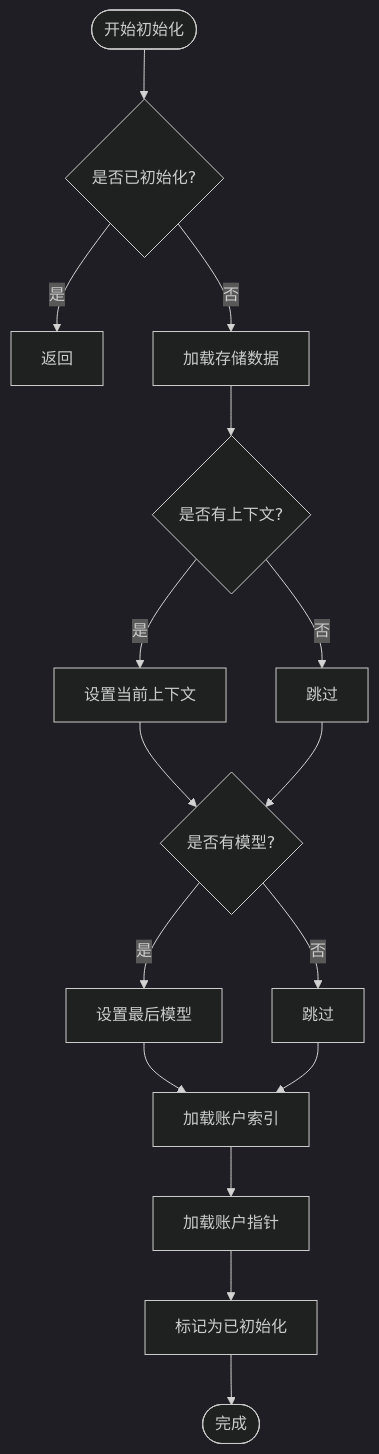
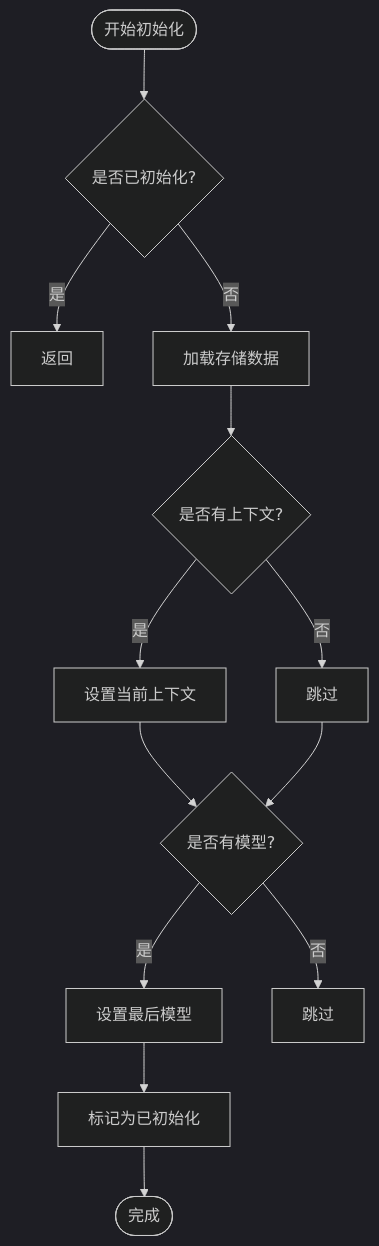
Before and after one commit to SEVENTEEN-TAN/gemini-nexus: the third of 6 diagrams in .qoder/repowiki/zh/content/核心模块/认证管理器.md, drawn with Mermaid (dark theme). The commit also changed other lines of this file and 17 other files, not shown here.

````diff
--- a/.qoder/repowiki/zh/content/核心模块/认证管理器.md
+++ b/.qoder/repowiki/zh/content/核心模块/认证管理器.md
@@ -150,18 +142,15 @@
 ```mermaid
 flowchart TD
 Start([开始初始化]) --> CheckInit{是否已初始化?}
 CheckInit --> |是| Return[返回]
 CheckInit --> |否| LoadStorage[加载存储数据]
 LoadStorage --> CheckContext{是否有上下文?}
 CheckContext --> |是| SetContext[设置当前上下文]
 CheckContext --> |否| SkipContext[跳过]
 SetContext --> CheckModel{是否有模型?}
 SkipContext --> CheckModel
 CheckModel --> |是| SetModel[设置最后模型]
 CheckModel --> |否| SkipModel[跳过]
-SetModel --> LoadIndices[加载账户索引]
-SkipModel --> LoadIndices
-LoadIndices --> LoadPointer[加载账户指针]
-LoadPointer --> SetInit[标记为已初始化]
+SetModel --> SetInit[标记为已初始化]
 SetInit --> End([完成])
 ```
````
